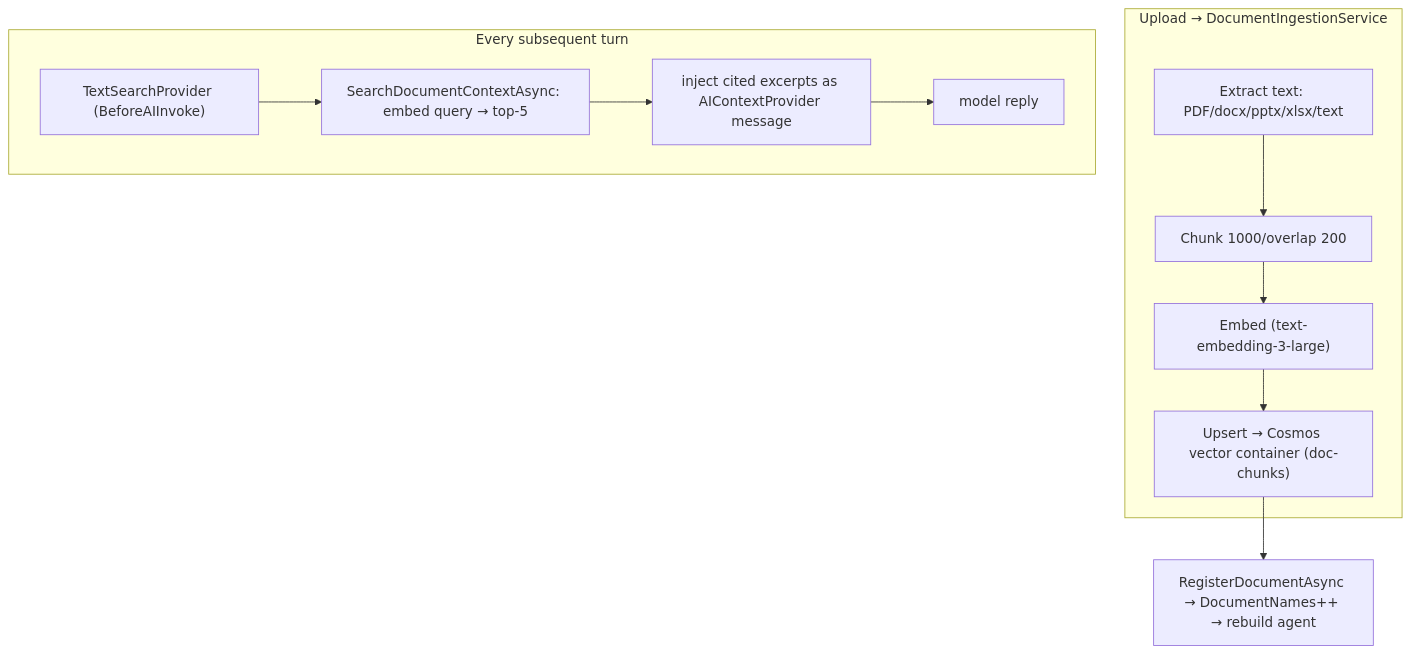
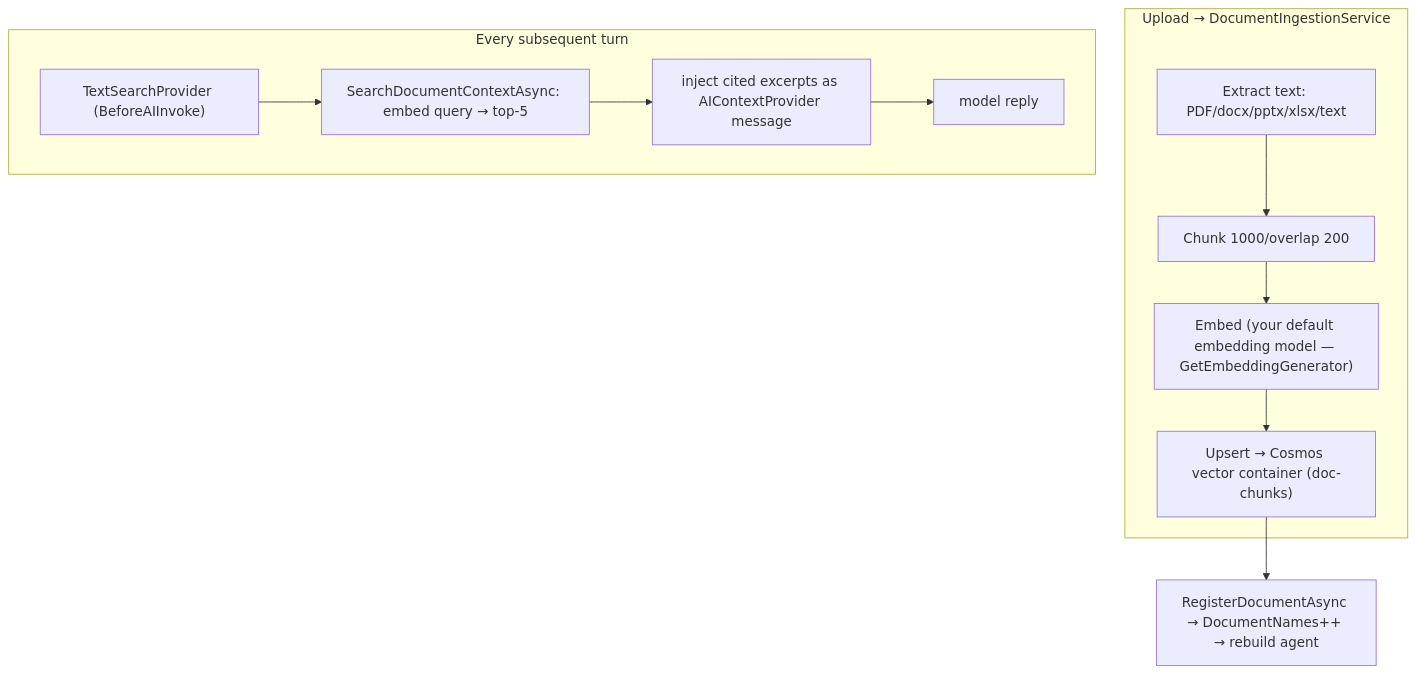
The diagram in docs/features/document-qa.md (Expecho/Agent42), drawn with Mermaid before and after one commit. The commit also changed other lines of this file and 47 other files, not shown here.

````diff
--- a/docs/features/document-qa.md
+++ b/docs/features/document-qa.md
@@ -24,14 +34,14 @@
 ```mermaid
 flowchart TD
     subgraph Ingest["Upload → DocumentIngestionService"]
       EX[Extract text: PDF/docx/pptx/xlsx/text] --> CH[Chunk 1000/overlap 200]
-      CH --> EMB["Embed (text-embedding-3-large)"]
+      CH --> EMB["Embed (your default embedding model — GetEmbeddingGenerator)"]
       EMB --> UP["Upsert → Cosmos vector container (doc-chunks)"]
     end
     UP --> REG["RegisterDocumentAsync → DocumentNames++ → rebuild agent"]
     subgraph Turn["Every subsequent turn"]
       TSP["TextSearchProvider (BeforeAIInvoke)"] --> SRCH["SearchDocumentContextAsync: embed query → top-5"]
       SRCH --> INJ["inject cited excerpts as AIContextProvider message"]
       INJ --> MODEL[model reply]
     end
 ```
````
